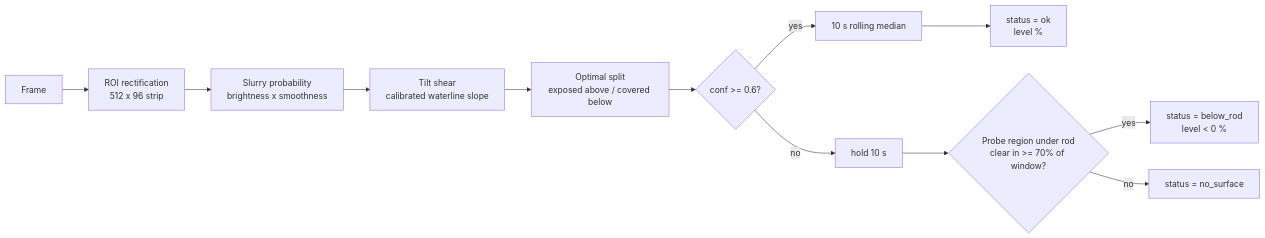
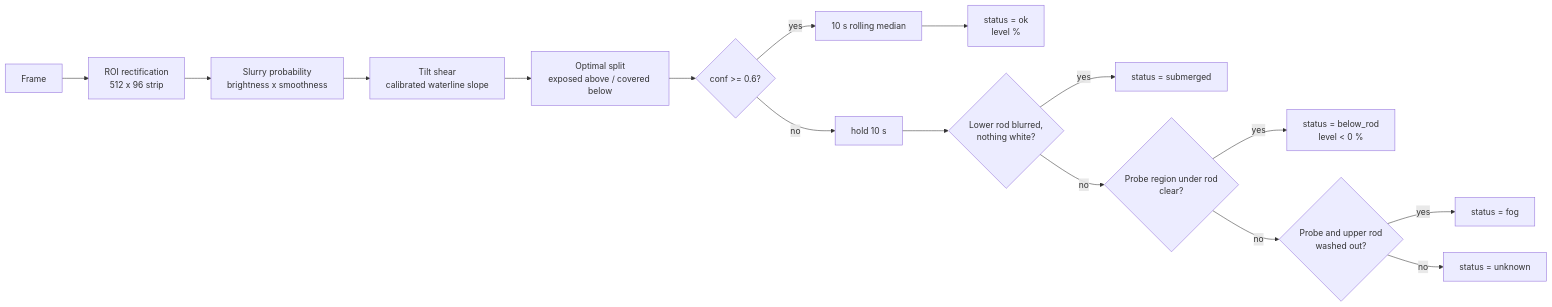
Before and after one commit to antimanaax426/antimanaax426.github.io: the diagram in projects/agitator-rod-level/README.md, drawn with Mermaid. The commit also changed other lines of this file and 12 other files, not shown here.

First line of the commit message:
agitator-rod-level: update to V1.6.4 (submerged / fog / unknown states)

````diff
--- a/projects/agitator-rod-level/README.md
+++ b/projects/agitator-rod-level/README.md
@@ -36,14 +36,18 @@
 ```mermaid
 flowchart LR
     F[Frame] --> R[ROI rectification<br/>512 x 96 strip]
     R --> P[Slurry probability<br/>brightness x smoothness]
     P --> S[Tilt shear<br/>calibrated waterline slope]
     S --> K[Optimal split<br/>exposed above / covered below]
     K --> C{conf >= 0.6?}
     C -- yes --> M[10 s rolling median]
     C -- no --> H[hold 10 s]
     M --> OK[status = ok<br/>level %]
-    H --> B{Probe region under rod<br/>clear in >= 70% of window?}
+    H --> W{Lower rod blurred,<br/>nothing white?}
+    W -- yes --> SM[status = submerged]
+    W -- no --> B{Probe region under rod<br/>clear?}
     B -- yes --> BR[status = below_rod<br/>level < 0 %]
-    B -- no --> NS[status = no_surface]
+    B -- no --> FG{Probe and upper rod<br/>washed out?}
+    FG -- yes --> FO[status = fog]
+    FG -- no --> UK[status = unknown]
 ```
````
